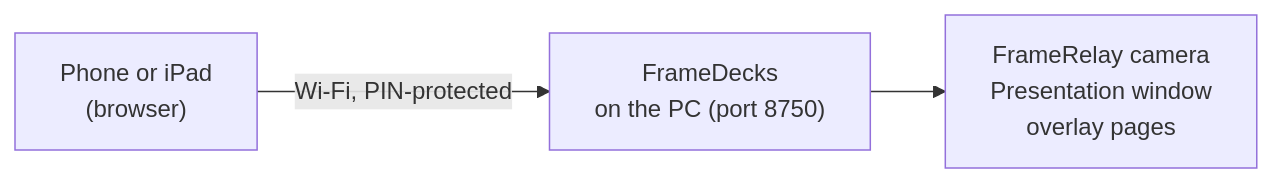
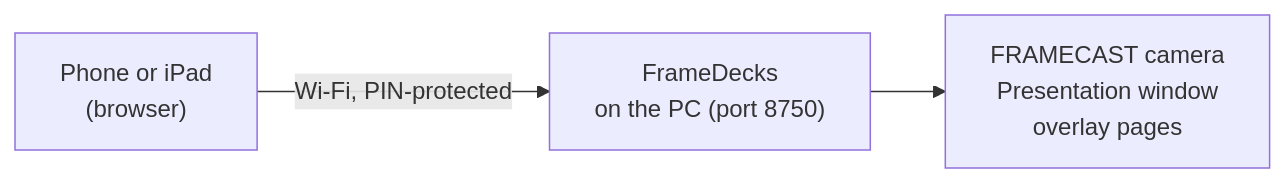
Before and after one commit to mshobin/FrameDecks: the diagram in docs/guide/remote-control.md, drawn with Mermaid. The commit also changed other lines of this file and 75 other files, not shown here.

````diff
--- a/docs/guide/remote-control.md
+++ b/docs/guide/remote-control.md
@@ -27,5 +27,5 @@
 ```mermaid
 flowchart LR
   Phone["Phone or iPad<br/>(browser)"] -- "Wi-Fi, PIN-protected" --> PC["FrameDecks<br/>on the PC (port 8750)"]
-  PC --> Out["FrameRelay camera<br/>Presentation window<br/>overlay pages"]
+  PC --> Out["FRAMECAST camera<br/>Presentation window<br/>overlay pages"]
 ```
````
